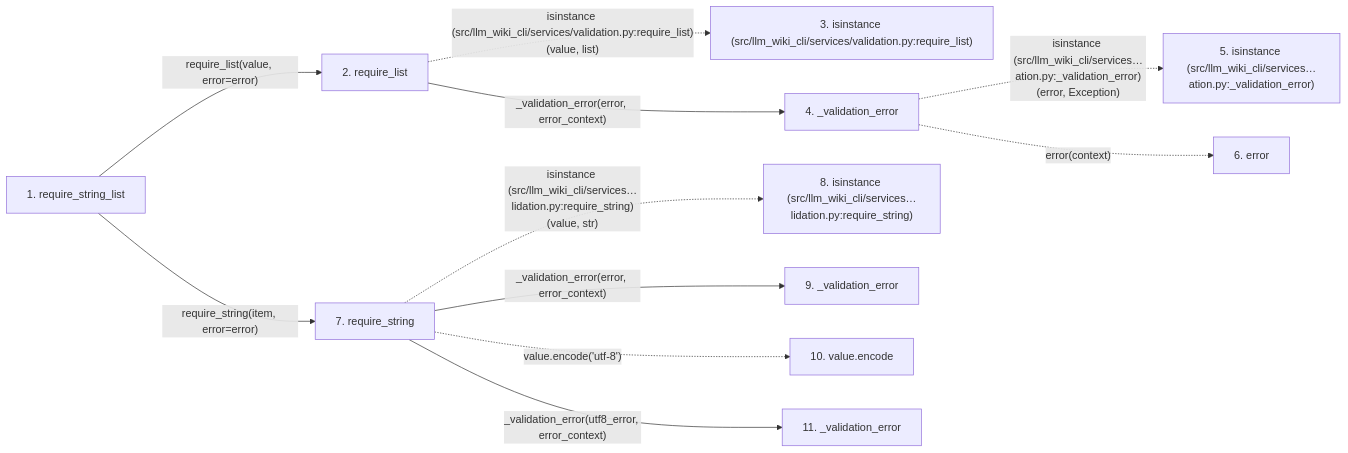
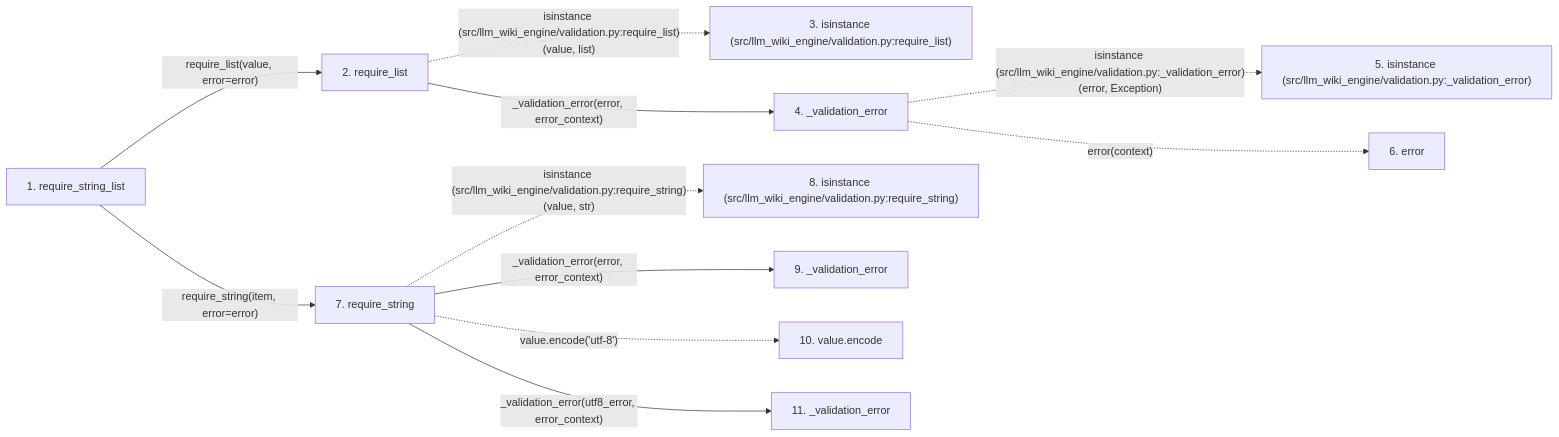
One commit to Denissvgn/python-wiki-llm changed the second of 2 diagrams in docs/llm_wiki/flows/api-require_string_list.md. Above: the diagram before and after it, drawn with Mermaid. The commit also changed other lines of this file and 1103 other files, not shown here.

First line of the commit message:
docs: refresh the wiki for the llm-wiki-engine distribution

````diff
--- a/docs/llm_wiki/flows/api-require_string_list.md
+++ b/docs/llm_wiki/flows/api-require_string_list.md
@@ -52,30 +52,30 @@
 ```mermaid
 flowchart LR
     s1["1. require_string_list"]
     s2["2. require_list"]
-    s3["3. isinstance (src/llm_wiki_cli/services/validation.py:require_list)"]
+    s3["3. isinstance (src/llm_wiki_engine/validation.py:require_list)"]
     s4["4. _validation_error"]
-    s5["5. isinstance (src/llm_wiki_cli/services…ation.py:_validation_error)"]
+    s5["5. isinstance (src/llm_wiki_engine/validation.py:_validation_error)"]
     s6["6. error"]
     s7["7. require_string"]
-    s8["8. isinstance (src/llm_wiki_cli/services…lidation.py:require_string)"]
+    s8["8. isinstance (src/llm_wiki_engine/validation.py:require_string)"]
     s9["9. _validation_error"]
     s10["10. value.encode"]
     s11["11. _validation_error"]
     s1 -->|"require_list(value, error=error)"| s2
-    s2 -. "isinstance (src/llm_wiki_cli/services/validation.py:require_list)(value, list)" .-> s3
+    s2 -. "isinstance (src/llm_wiki_engine/validation.py:require_list)(value, list)" .-> s3
     s2 -->|"_validation_error(error, error_context)"| s4
-    s4 -. "isinstance (src/llm_wiki_cli/services…ation.py:_validation_error)(error, Exception)" .-> s5
+    s4 -. "isinstance (src/llm_wiki_engine/validation.py:_validation_error)(error, Exception)" .-> s5
     s4 -. "error(context)" .-> s6
     s1 -->|"require_string(item, error=error)"| s7
-    s7 -. "isinstance (src/llm_wiki_cli/services…lidation.py:require_string)(value, str)" .-> s8
+    s7 -. "isinstance (src/llm_wiki_engine/validation.py:require_string)(value, str)" .-> s8
     s7 -->|"_validation_error(error, error_context)"| s9
     s7 -. "value.encode('utf-8')" .-> s10
     s7 -->|"_validation_error(utf8_error, error_context)"| s11
     click s1 "../modules/validation.md"
     click s2 "../modules/validation.md"
     click s4 "../modules/validation.md"
     click s7 "../modules/validation.md"
     click s9 "../modules/validation.md"
     click s11 "../modules/validation.md"
 ```
````
